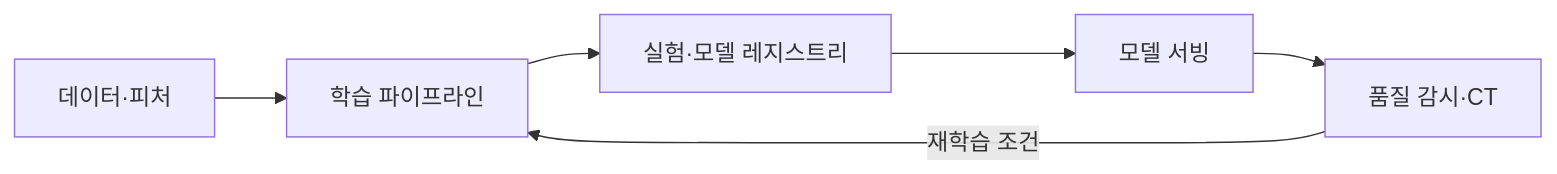
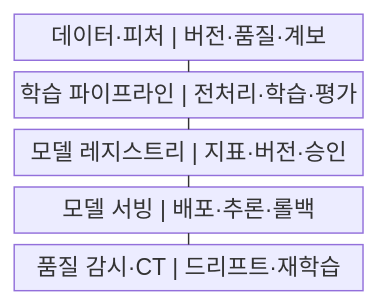
Before and after one commit to agnusdei1207/knowledge-base: the first of 2 diagrams in src/content/docs/notes/03-software/202_mlops_pipeline.md, drawn with Mermaid. The commit also changed other lines of this file and 20 other files, not shown here.

````diff
--- a/src/content/docs/notes/03-software/202_mlops_pipeline.md
+++ b/src/content/docs/notes/03-software/202_mlops_pipeline.md
@@ -57,8 +56,13 @@
 ```mermaid
-flowchart LR
-    D["데이터·피처"] --> P["학습 파이프라인"]
-    P --> R["실험·모델 레지스트리"]
-    R --> S["모델 서빙"]
-    S --> M["품질 감시·CT"]
-    M -->|재학습 조건| P
+block
+    columns 1
+    A["데이터·피처 | 버전·품질·계보"]
+    B["학습 파이프라인 | 전처리·학습·평가"]
+    C["모델 레지스트리 | 지표·버전·승인"]
+    D["모델 서빙 | 배포·추론·롤백"]
+    E["품질 감시·CT | 드리프트·재학습"]
+    A --- B
+    B --- C
+    C --- D
+    D --- E
 ```
````
